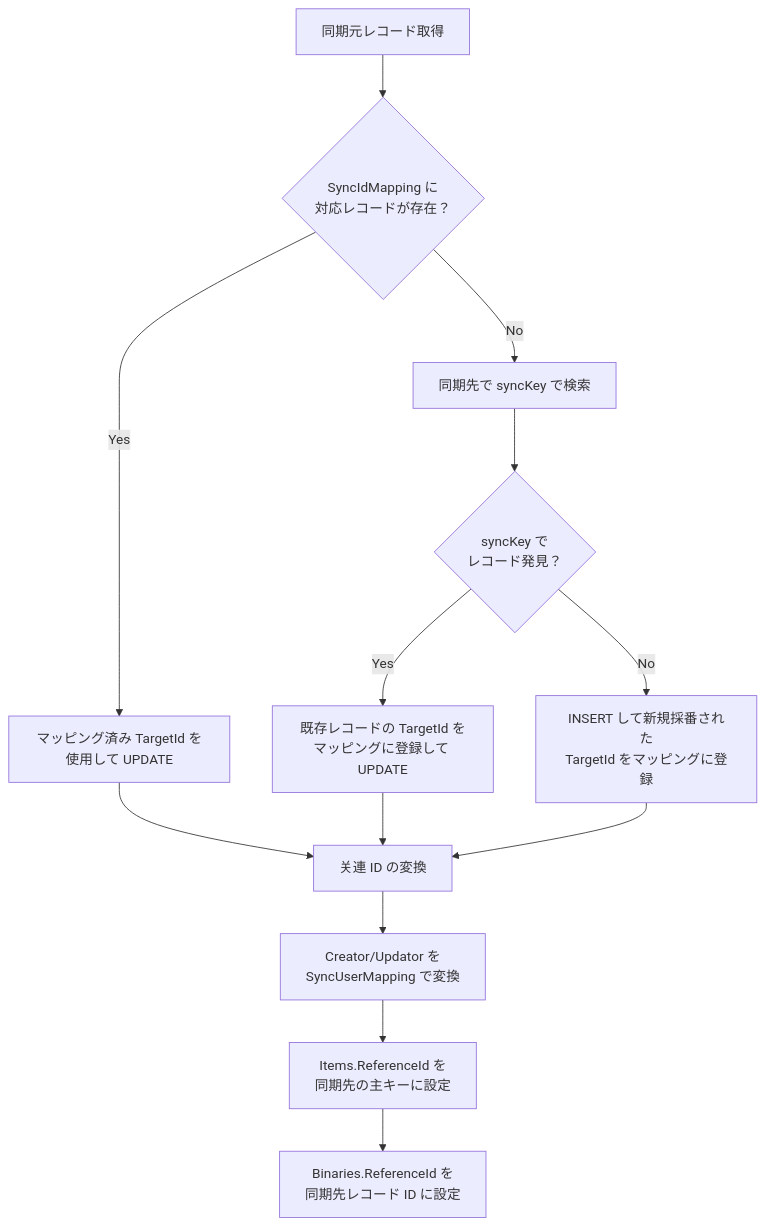
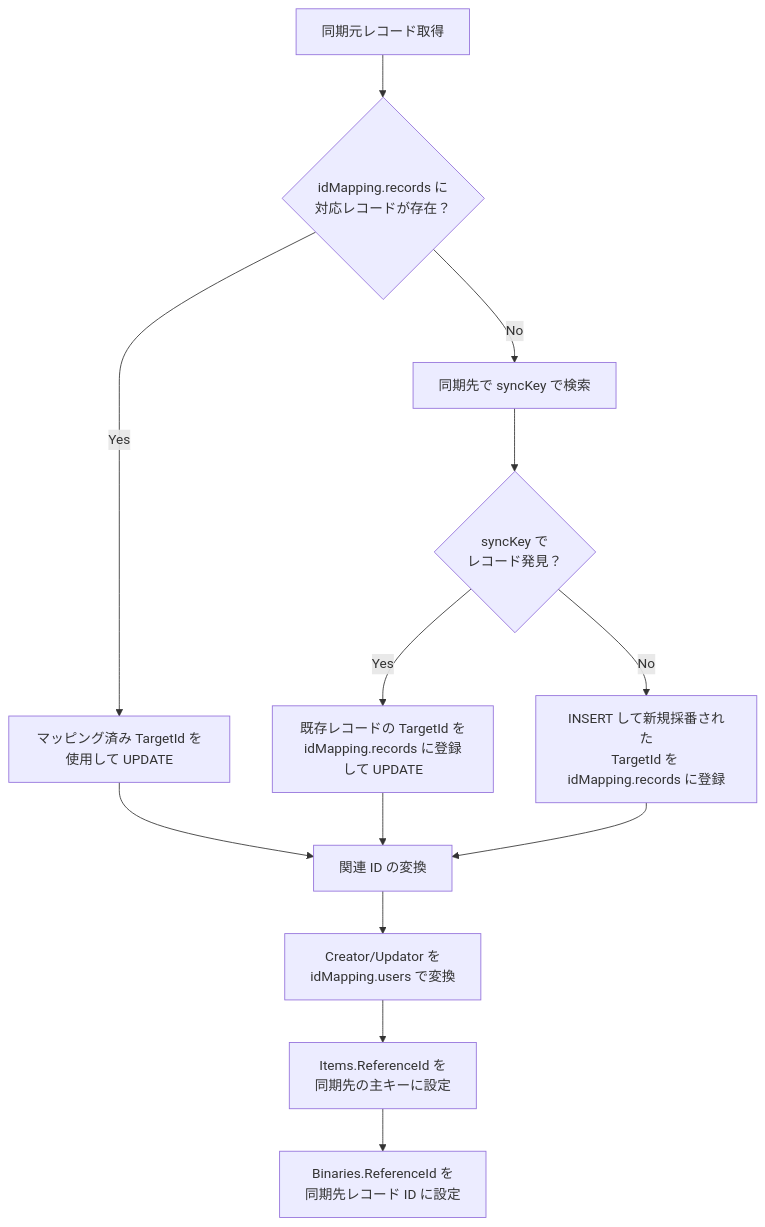
One commit to vehiclevisionjp/VehicleVision.Pleasanter.ResearchDocuments changed the fourth of 18 diagrams in docs/research/04-外部連携・フィード/008-複数インスタンス間マスターデータ同期設計.md. Above: the diagram before and after it, drawn with Mermaid. The commit also changed other lines of this file, not shown here.

````diff
--- a/docs/research/04-外部連携・フィード/008-複数インスタンス間マスターデータ同期設計.md
+++ b/docs/research/04-外部連携・フィード/008-複数インスタンス間マスターデータ同期設計.md
@@ -582,23 +640,23 @@
 ```mermaid
 flowchart TD
-    A["同期元レコード取得"] --> B{"SyncIdMapping に
+    A["同期元レコード取得"] --> B{"idMapping.records に
 対応レコードが存在？"}
     B -->|Yes| C["マッピング済み TargetId を使用して UPDATE"]
     B -->|No| D["同期先で syncKey で検索"]
     D --> E{"syncKey で
 レコード発見？"}
     E -->|Yes| F["既存レコードの TargetId を
-マッピングに登録して UPDATE"]
+idMapping.records に登録して UPDATE"]
     E -->|No| G["INSERT して新規採番された
-TargetId をマッピングに登録"]
+TargetId を idMapping.records に登録"]
 
-    C --> H["关連 ID の変換"]
+    C --> H["関連 ID の変換"]
     F --> H
     G --> H
     H --> I["Creator/Updator を
-SyncUserMapping で変換"]
+idMapping.users で変換"]
     I --> J["Items.ReferenceId を
 同期先の主キーに設定"]
     J --> K["Binaries.ReferenceId を
 同期先レコード ID に設定"]
 ```
````
